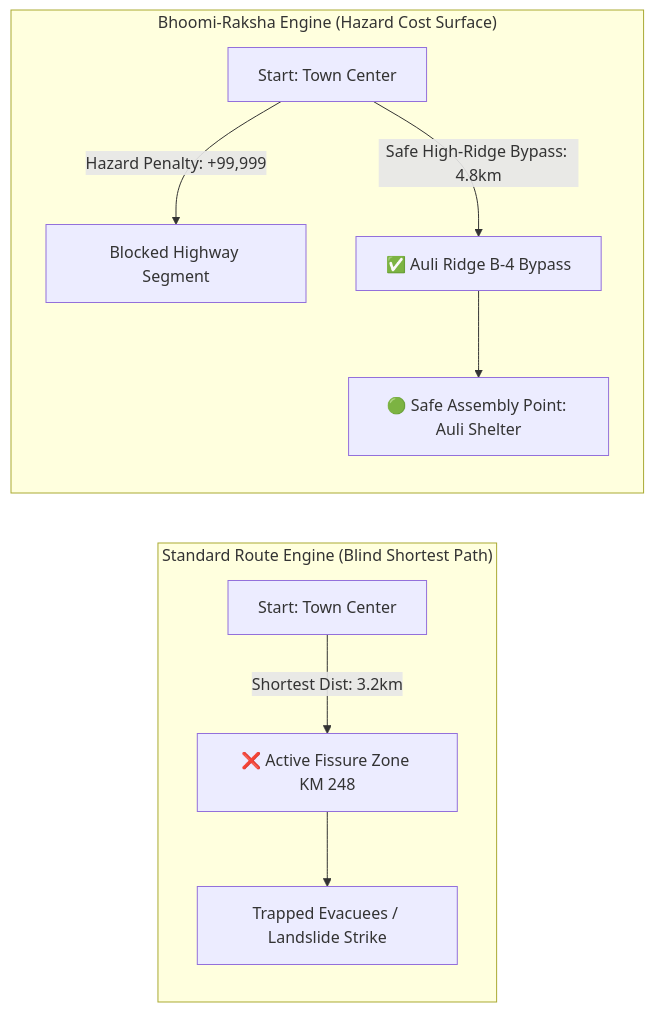
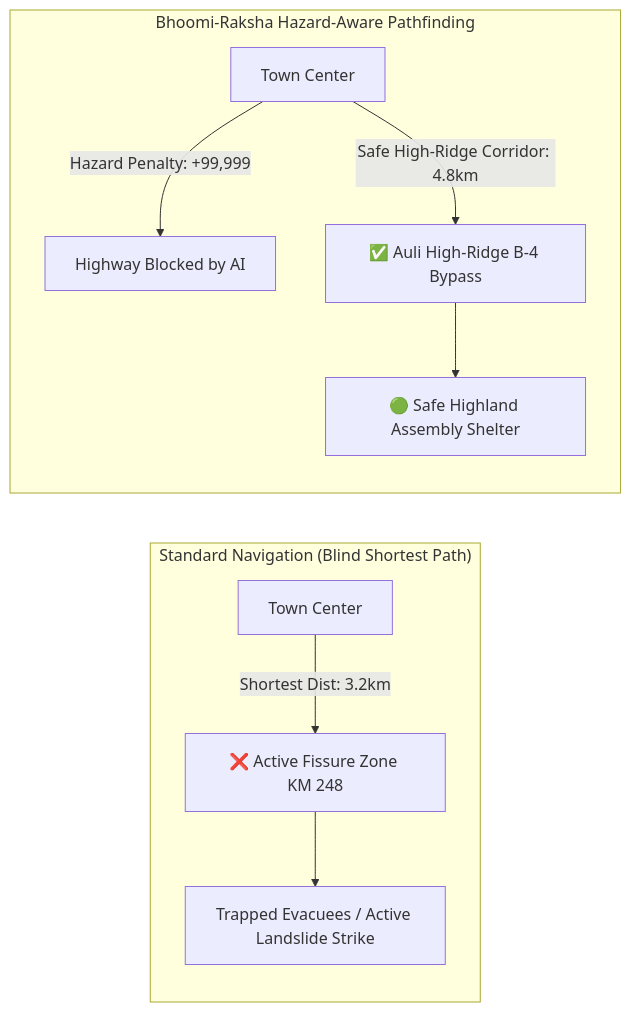
The third of 3 diagrams in README.md (Kritika200520/SIH), drawn with Mermaid before and after one commit. The commit also changed other lines of this file, not shown here.

Commit message:
Update README.md with complete architecture, Himalayan focus, and WhatsApp portal documentation

````diff
--- a/README.md
+++ b/README.md
@@ -83,13 +88,13 @@
 ```mermaid
 graph LR
-    subgraph GoogleMaps["Standard Route Engine (Blind Shortest Path)"]
-        A1[Start: Town Center] -->|Shortest Dist: 3.2km| B1[❌ Active Fissure Zone KM 248]
-        B1 --> C1[Trapped Evacuees / Landslide Strike]
+    subgraph NaiveMaps["Standard Navigation (Blind Shortest Path)"]
+        A1[Town Center] -->|Shortest Dist: 3.2km| B1[❌ Active Fissure Zone KM 248]
+        B1 --> C1[Trapped Evacuees / Active Landslide Strike]
     end
 
-    subgraph BhoomiRaksha["Bhoomi-Raksha Engine (Hazard Cost Surface)"]
-        A2[Start: Town Center] -->|Hazard Penalty: +99,999| B2[Blocked Highway Segment]
-        A2 -->|Safe High-Ridge Bypass: 4.8km| C2[✅ Auli Ridge B-4 Bypass]
-        C2 --> D2[🟢 Safe Assembly Point: Auli Shelter]
+    subgraph BhoomiRaksha["Bhoomi-Raksha Hazard-Aware Pathfinding"]
+        A2[Town Center] -->|Hazard Penalty: +99,999| B2[Highway Blocked by AI]
+        A2 -->|Safe High-Ridge Corridor: 4.8km| C2[✅ Auli High-Ridge B-4 Bypass]
+        C2 --> D2[🟢 Safe Highland Assembly Shelter]
     end
 ```
````
